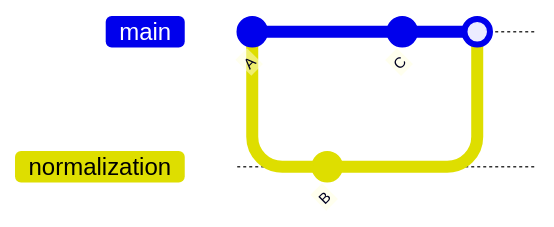
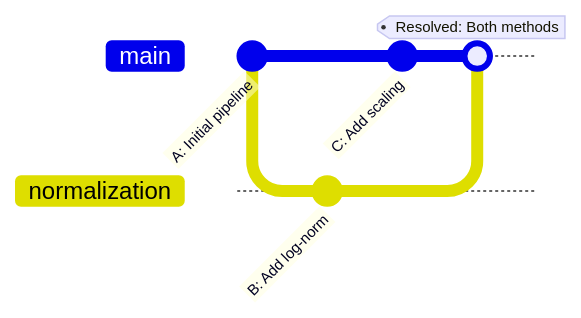
One commit to kir-rescomp/training-intro-to-git-github changed diagram 14 of 15 in docs/4.git_model_commands.md. Above: the diagram before and after it, drawn with Mermaid. The commit also changed other lines of this file, not shown here.

Commit message:
elaborate merge conflicts

````diff
--- a/docs/4.git_model_commands.md
+++ b/docs/4.git_model_commands.md
@@ -337,10 +404,10 @@
 ```mermaid
 gitGraph
-  commit id: "A"
+  commit id: "A: Initial pipeline"
   branch normalization
   checkout normalization
-  commit id: "B"
+  commit id: "B: Add log-norm"
   checkout main
-  commit id: "C"
-  merge normalization
+  commit id: "C: Add scaling"
+  merge normalization tag: "Resolved: Both methods"
 ```
````
